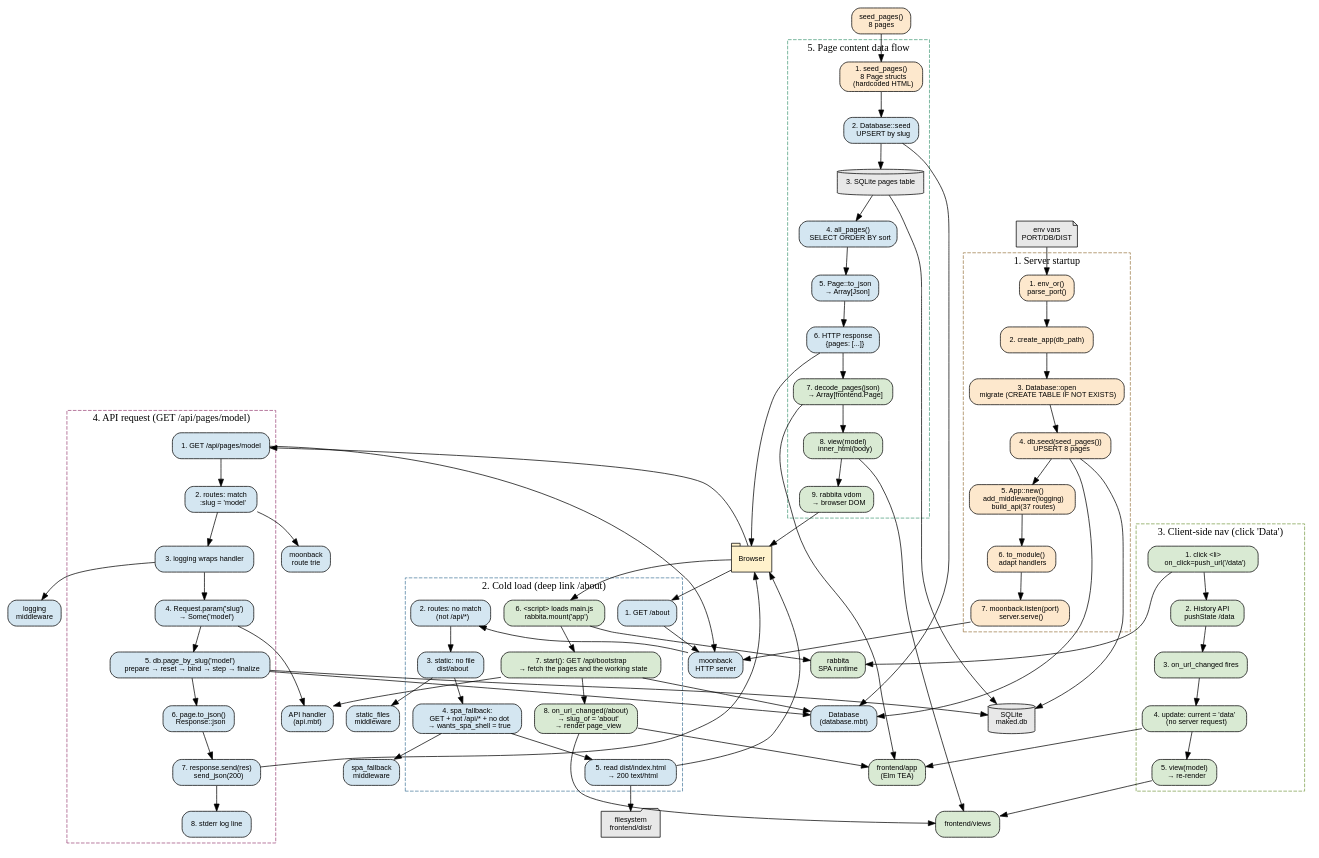
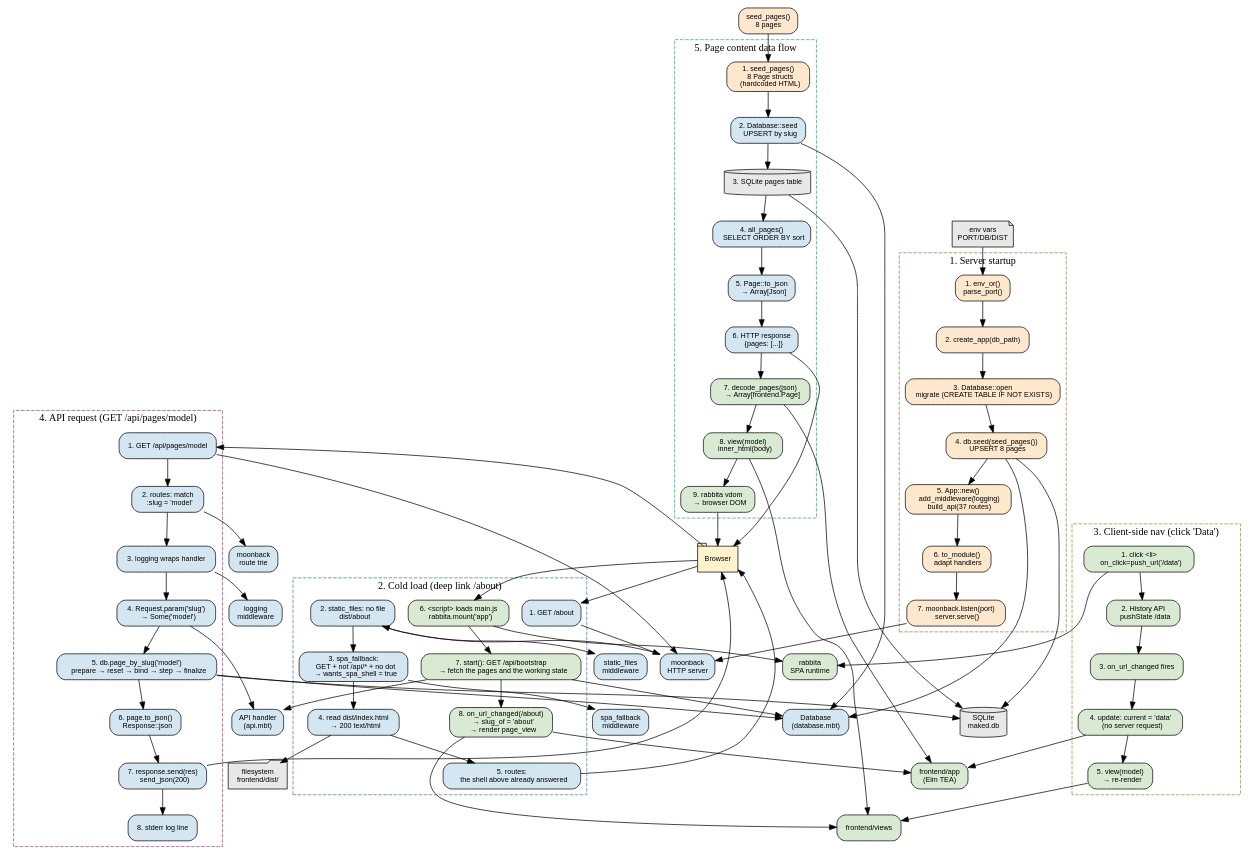
Before and after one commit to riantr/MAKED: the diagram in architecture/flows.dot, drawn with Graphviz. The commit also changed 2 other files, not shown here.

```diff
--- a/architecture/flows.dot
+++ b/architecture/flows.dot
@@ -1,176 +1,176 @@
 // MAKED Flow Graph &mdash; Graphviz DOT
 // Skill: flow-visualizer + graphviz
 //
 // Shows the five key flows: startup, cold load, client nav, API request,
 // and data flow. Each flow is a subgraph with numbered steps.
 // Render: dot -Tsvg flows.dot -o flows.svg
 
 digraph maked_flows {
   rankdir=TB
   node [shape=box, style="rounded,filled", fontname="Helvetica", fontsize=10]
   edge [fontname="Helvetica", fontsize=8]
 
   // --- Shared nodes ---
   browser [label="Browser", shape=tab, fillcolor="#fff2cc"]
   moonback [label="moonback\nHTTP server", fillcolor="#d4e6f1"]
   router [label="moonback\nroute trie", fillcolor="#d4e6f1"]
   logging [label="logging\nmiddleware", fillcolor="#d4e6f1"]
   spa_fb [label="spa_fallback\nmiddleware", fillcolor="#d4e6f1"]
   static_mw [label="static_files\nmiddleware", fillcolor="#d4e6f1"]
   api_handler [label="API handler\n(api.mbt)", fillcolor="#d4e6f1"]
   db [label="Database\n(database.mbt)", fillcolor="#d4e6f1"]
   sqlite [label="SQLite\nmaked.db", shape=cylinder, fillcolor="#e8e8e8"]
   fs [label="filesystem\nfrontend/dist/", shape=folder, fillcolor="#e8e8e8"]
   rabbita [label="rabbita\nSPA runtime", fillcolor="#d9ead3"]
   frontend_app [label="frontend/app\n(Elm TEA)", fillcolor="#d9ead3"]
   frontend_views [label="frontend/views", fillcolor="#d9ead3"]
   seed_data [label="seed_pages()\n8 pages", fillcolor="#fde8cd"]
   env [label="env vars\nPORT/DB/DIST", shape=note, fillcolor="#e8e8e8"]
 
   // ========== Flow 1: Server startup ==========
   subgraph cluster_startup {
     label="1. Server startup"
     style=dashed
     color="#9e7c4a"
 
     s1 [label="1. env_or()\nparse_port()", fillcolor="#fde8cd"]
     s2 [label="2. create_app(db_path)", fillcolor="#fde8cd"]
     s3 [label="3. Database::open\n  migrate (CREATE TABLE IF NOT EXISTS)", fillcolor="#fde8cd"]
     s4 [label="4. db.seed(seed_pages())\n  UPSERT 8 pages", fillcolor="#fde8cd"]
     s5 [label="5. App::new()\n  add_middleware(logging)\n  build_api(37 routes)", fillcolor="#fde8cd"]
     s6 [label="6. to_module()\n  adapt handlers", fillcolor="#fde8cd"]
     s7 [label="7. moonback.listen(port)\n  server.serve()", fillcolor="#fde8cd"]
   }
 
   env -> s1
   s1 -> s2
   s2 -> s3
   s3 -> s4
   s4 -> db
   s4 -> sqlite
   s4 -> s5
   s5 -> s6
   s6 -> s7
   s7 -> moonback
 
   // ========== Flow 2: Cold load (deep link) ==========
   subgraph cluster_cold {
     label="2. Cold load (deep link /about)"
     style=dashed
     color="#4a7c9e"
 
     c1 [label="1. GET /about", fillcolor="#d4e6f1"]
-    c2 [label="2. routes: no match\n   (not /api/*)", fillcolor="#d4e6f1"]
-    c3 [label="3. static: no file\n   dist/about", fillcolor="#d4e6f1"]
-    c4 [label="4. spa_fallback:\n   GET + not /api/* + no dot\n   → wants_spa_shell = true", fillcolor="#d4e6f1"]
-    c5 [label="5. read dist/index.html\n   → 200 text/html", fillcolor="#d4e6f1"]
+    c2 [label="2. static_files: no file\n   dist/about", fillcolor="#d4e6f1"]
+    c3 [label="3. spa_fallback:\n   GET + not /api/* + no dot\n   → wants_spa_shell = true", fillcolor="#d4e6f1"]
+    c4 [label="4. read dist/index.html\n   → 200 text/html", fillcolor="#d4e6f1"]
+    c5 [label="5. routes:\n   the shell above already answered", fillcolor="#d4e6f1"]
     c6 [label="6. <script> loads main.js\n   rabbita.mount('app')", fillcolor="#d9ead3"]
     c7 [label="7. start(): GET /api/bootstrap\n   → fetch the pages and the working state", fillcolor="#d9ead3"]
     c8 [label="8. on_url_changed(/about)\n   → slug_of = 'about'\n   → render page_view", fillcolor="#d9ead3"]
   }
 
   browser -> c1
   c1 -> moonback
   moonback -> c2
+  c2 -> static_mw
   c2 -> c3
-  c3 -> static_mw
+  c3 -> spa_fb
   c3 -> c4
-  c4 -> spa_fb
+  c4 -> fs
   c4 -> c5
-  c5 -> fs
   c5 -> browser
   browser -> c6
   c6 -> rabbita
   c6 -> c7
   c7 -> api_handler
   c7 -> db
   c7 -> c8
   c8 -> frontend_app
   c8 -> frontend_views
 
   // ========== Flow 3: Client-side navigation ==========
   subgraph cluster_nav {
     label="3. Client-side nav (click 'Data')"
     style=dashed
     color="#7c9e4a"
 
     n1 [label="1. click <li>\n   on_click=push_url('/data')", fillcolor="#d9ead3"]
     n2 [label="2. History API\n   pushState /data", fillcolor="#d9ead3"]
     n3 [label="3. on_url_changed fires", fillcolor="#d9ead3"]
     n4 [label="4. update: current = 'data'\n   (no server request)", fillcolor="#d9ead3"]
     n5 [label="5. view(model)\n   → re-render", fillcolor="#d9ead3"]
   }
 
   n1 -> rabbita
   n1 -> n2
   n2 -> n3
   n3 -> n4
   n4 -> frontend_app
   n4 -> n5
   n5 -> frontend_views
 
   // ========== Flow 4: API request ==========
   subgraph cluster_api {
     label="4. API request (GET /api/pages/model)"
     style=dashed
     color="#9e4a7c"
 
     a1 [label="1. GET /api/pages/model", fillcolor="#d4e6f1"]
     a2 [label="2. routes: match\n   :slug = 'model'", fillcolor="#d4e6f1"]
     a3 [label="3. logging wraps handler", fillcolor="#d4e6f1"]
     a4 [label="4. Request.param('slug')\n   → Some('model')", fillcolor="#d4e6f1"]
     a5 [label="5. db.page_by_slug('model')\n   prepare → reset → bind → step → finalize", fillcolor="#d4e6f1"]
     a6 [label="6. page.to_json()\n   Response::json", fillcolor="#d4e6f1"]
     a7 [label="7. response.send(res)\n   send_json(200)", fillcolor="#d4e6f1"]
     a8 [label="8. stderr log line", fillcolor="#d4e6f1"]
   }
 
   browser -> a1
   a1 -> moonback
   a1 -> a2
   a2 -> router
   a2 -> a3
   a3 -> logging
   a3 -> a4
   a4 -> api_handler
   a4 -> a5
   a5 -> db
   a5 -> sqlite
   a5 -> a6
   a6 -> a7
   a7 -> browser
   a7 -> a8
 
   // ========== Flow 5: Data flow ==========
   subgraph cluster_data {
     label="5. Page content data flow"
     style=dashed
     color="#4a9e7c"
 
     d1 [label="1. seed_pages()\n   8 Page structs\n   (hardcoded HTML)", fillcolor="#fde8cd"]
     d2 [label="2. Database::seed\n   UPSERT by slug", fillcolor="#d4e6f1"]
     d3 [label="3. SQLite pages table", shape=cylinder, fillcolor="#e8e8e8"]
     d4 [label="4. all_pages()\n   SELECT ORDER BY sort", fillcolor="#d4e6f1"]
     d5 [label="5. Page::to_json\n   → Array[Json]", fillcolor="#d4e6f1"]
     d6 [label="6. HTTP response\n   {pages: [...]}", fillcolor="#d4e6f1"]
     d7 [label="7. decode_pages(json)\n   → Array[frontend.Page]", fillcolor="#d9ead3"]
     d8 [label="8. view(model)\n   inner_html(body)", fillcolor="#d9ead3"]
     d9 [label="9. rabbita vdom\n   → browser DOM", fillcolor="#d9ead3"]
   }
 
   seed_data -> d1
   d1 -> d2
   d2 -> db
   d2 -> d3
   d3 -> sqlite
   d3 -> d4
   d4 -> d5
   d5 -> d6
   d6 -> browser
   d6 -> d7
   d7 -> frontend_app
   d7 -> d8
   d8 -> frontend_views
   d8 -> d9
   d9 -> browser
 }
```
